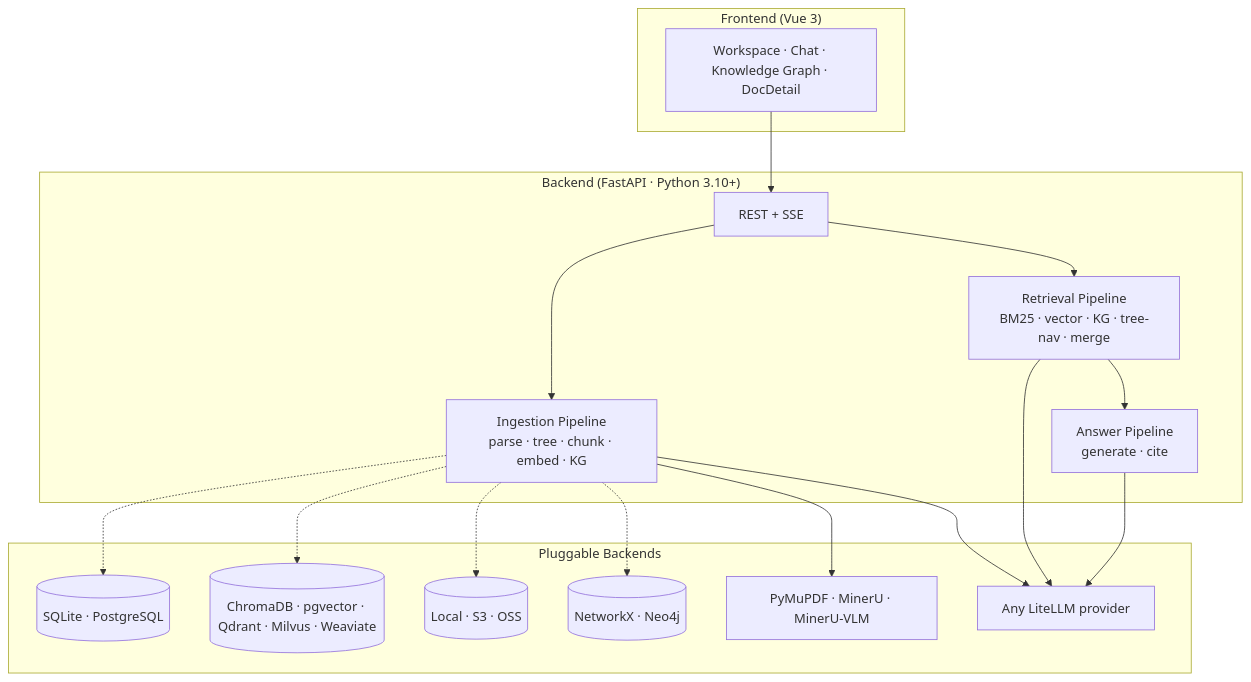
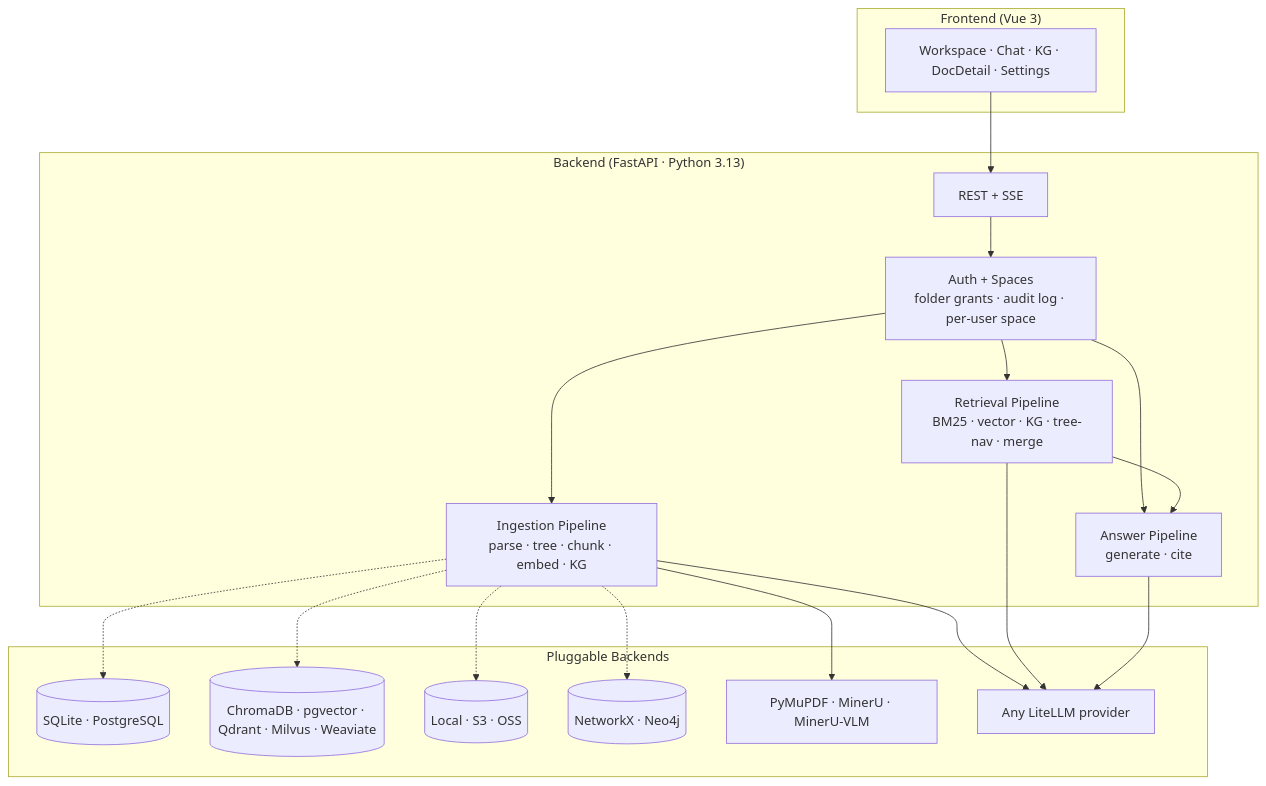
One commit to deeplethe/ForgeRAG changed the second of 2 diagrams in README.md. Above: the diagram before and after it, drawn with Mermaid. The commit also changed other lines of this file and 2 other files, not shown here.

First line of the commit message:
docs: refresh README + README_CN + architecture.md to match shipped state

````diff
--- a/README.md
+++ b/README.md
@@ -134,29 +140,30 @@
 ```mermaid
 flowchart TB
     subgraph "Frontend (Vue 3)"
-        UI[Workspace · Chat · Knowledge Graph · DocDetail]
+        UI[Workspace · Chat · KG · DocDetail · Settings]
     end
-    subgraph "Backend (FastAPI · Python 3.10+)"
+    subgraph "Backend (FastAPI · Python 3.13)"
         API[REST + SSE]
         ING[Ingestion Pipeline<br/>parse · tree · chunk · embed · KG]
         RET[Retrieval Pipeline<br/>BM25 · vector · KG · tree-nav · merge]
         ANS[Answer Pipeline<br/>generate · cite]
+        AUTH[Auth + Spaces<br/>folder grants · audit log · per-user space]
     end
     subgraph "Pluggable Backends"
         REL[(SQLite · PostgreSQL)]
         VEC[(ChromaDB · pgvector · Qdrant · Milvus · Weaviate)]
         BLOB[(Local · S3 · OSS)]
         KGS[(NetworkX · Neo4j)]
         PARSE[PyMuPDF · MinerU · MinerU-VLM]
         LLM[Any LiteLLM provider]
     end
     UI --> API
-    API --> ING
-    API --> RET
+    API --> AUTH
+    AUTH --> ING & RET & ANS
     RET --> ANS
     ING -.-> REL & VEC & BLOB & KGS
     ING --> PARSE
     ING --> LLM
     RET --> LLM
     ANS --> LLM
 ```
````
